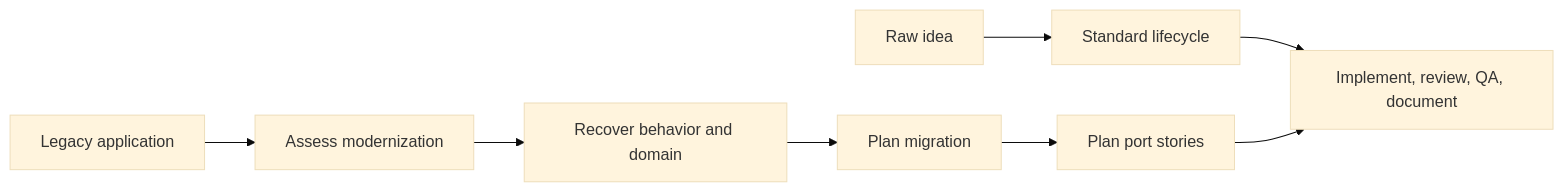
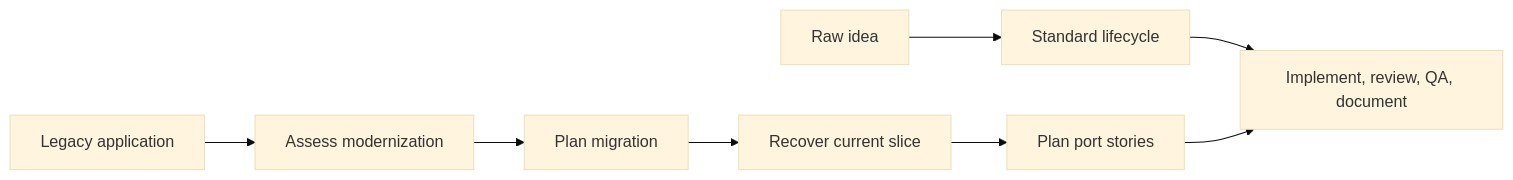
One commit to PhilipTeitel/Artifact-Driven-Development changed the first of 2 diagrams in README.md. Above: the diagram before and after it, drawn with Mermaid (base theme). The commit also changed other lines of this file and 69 other files, not shown here.

````diff
--- a/README.md
+++ b/README.md
@@ -90,10 +90,10 @@
 ```mermaid
 flowchart LR
     idea["Raw idea"] --> standardLifecycle["Standard lifecycle"]
     legacy["Legacy application"] --> assess["Assess modernization"]
-    assess --> recover["Recover behavior and domain"]
-    recover --> planMigration["Plan migration"]
-    planMigration --> portStories["Plan port stories"]
+    assess --> planMigration["Plan migration"]
+    planMigration --> recover["Recover current slice"]
+    recover --> portStories["Plan port stories"]
     standardLifecycle --> delivery["Implement, review, QA, document"]
     portStories --> delivery
 ```
````
